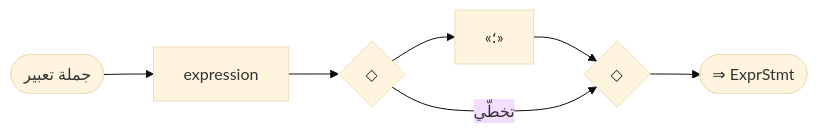
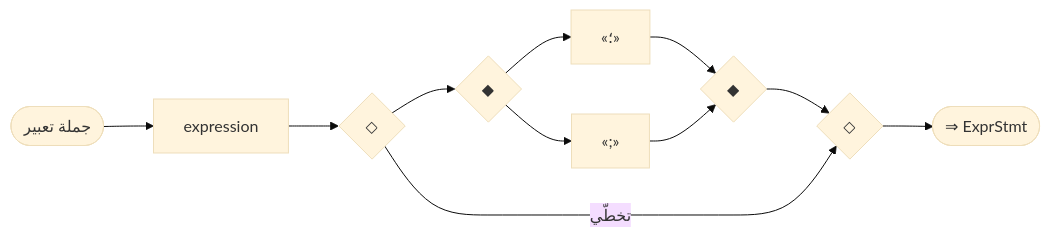
One commit to sadlang/sadlang changed diagram 20 of 22 in docs/parser_rule/_generated/10_statements.md. Above: the diagram before and after it, drawn with Mermaid (base theme). The commit also changed other lines of this file and 103 other files, not shown here.

````diff
--- a/docs/parser_rule/_generated/10_statements.md
+++ b/docs/parser_rule/_generated/10_statements.md
@@ -808,15 +815,22 @@
 ```mermaid
 flowchart LR
   n1(["جملة تعبير"])
   n2["expression"]
   n3{"◇"}
   n4{"◇"}
-  n5["«؛»"]
+  n5{"◆"}
+  n6{"◆"}
+  n7["«؛»"]
+  n5 --> n7
+  n7 --> n6
+  n8["«;»"]
+  n5 --> n8
+  n8 --> n6
   n3 --> n5
-  n5 --> n4
+  n6 --> n4
   n3 -- "تخطّي" --> n4
   n2 --> n3
   n1 --> n2
-  n6(["⇒ ExprStmt"])
-  n4 --> n6
+  n9(["⇒ ExprStmt"])
+  n4 --> n9
 ```
````
